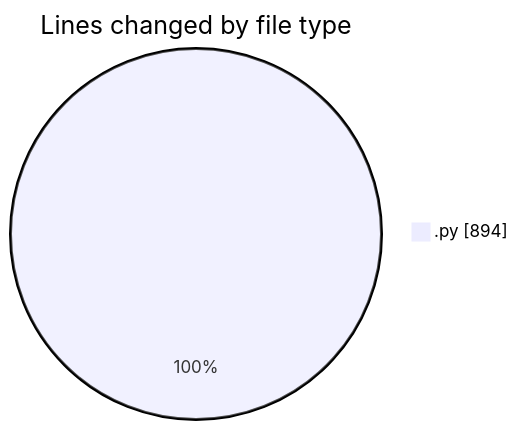
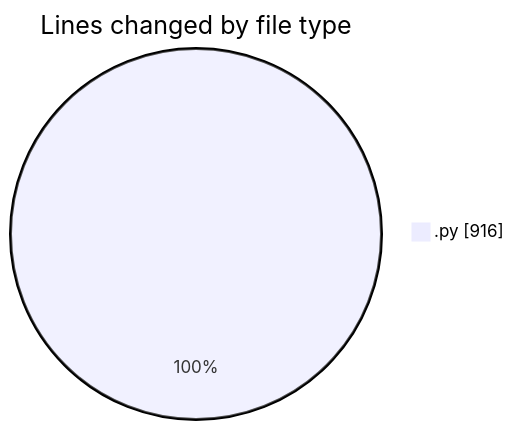
Before and after one commit to julien-gomy/code-tracking: the first of 2 diagrams in 2025-11-20/eventscop-api-guide__workspace_/README.md, drawn with Mermaid. The commit also changed other lines of this file and 1 other file, not shown here.

````diff
--- a/2025-11-20/eventscop-api-guide__workspace_/README.md
+++ b/2025-11-20/eventscop-api-guide__workspace_/README.md
@@ -23,5 +24,5 @@
 ```mermaid
 pie showData
 title Lines changed by file type
-".py" : 894
+".py" : 916
 ```
````
